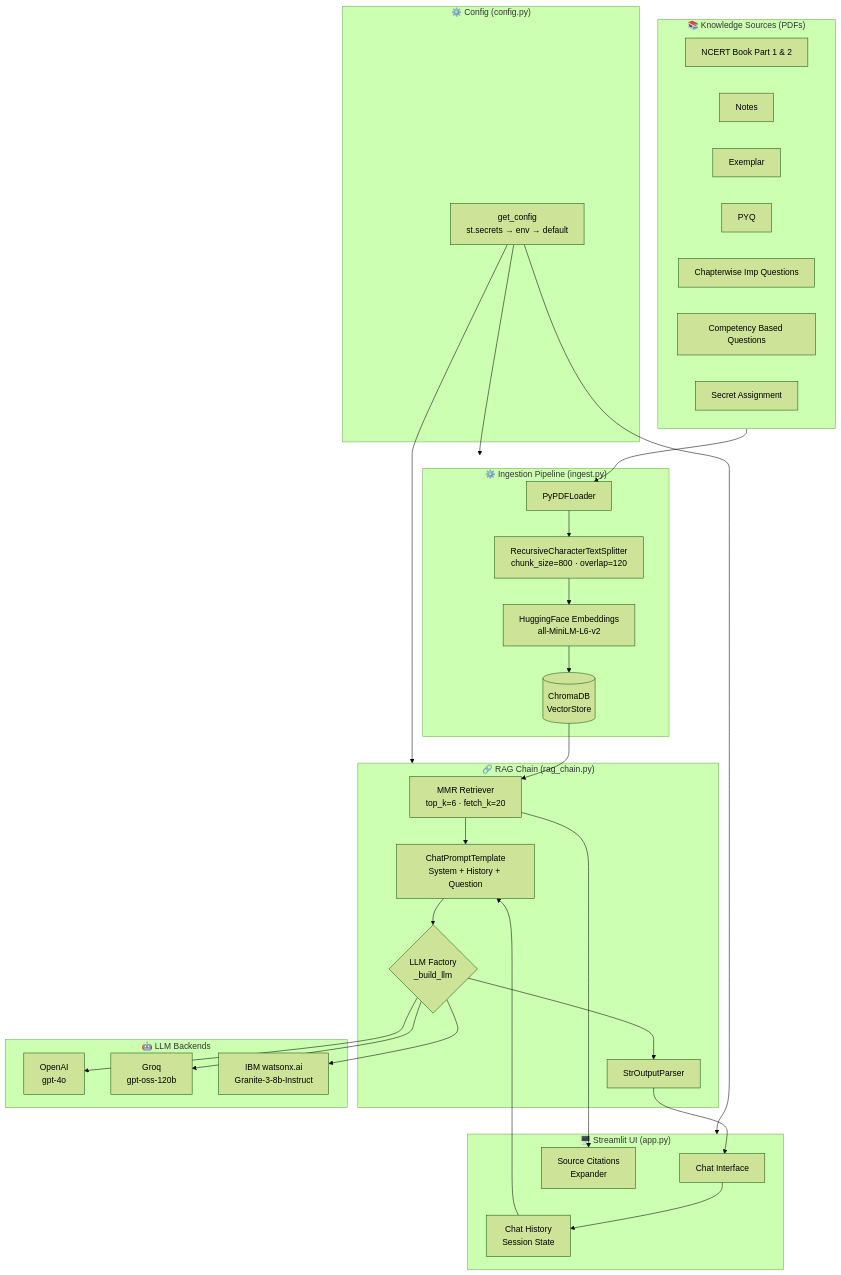
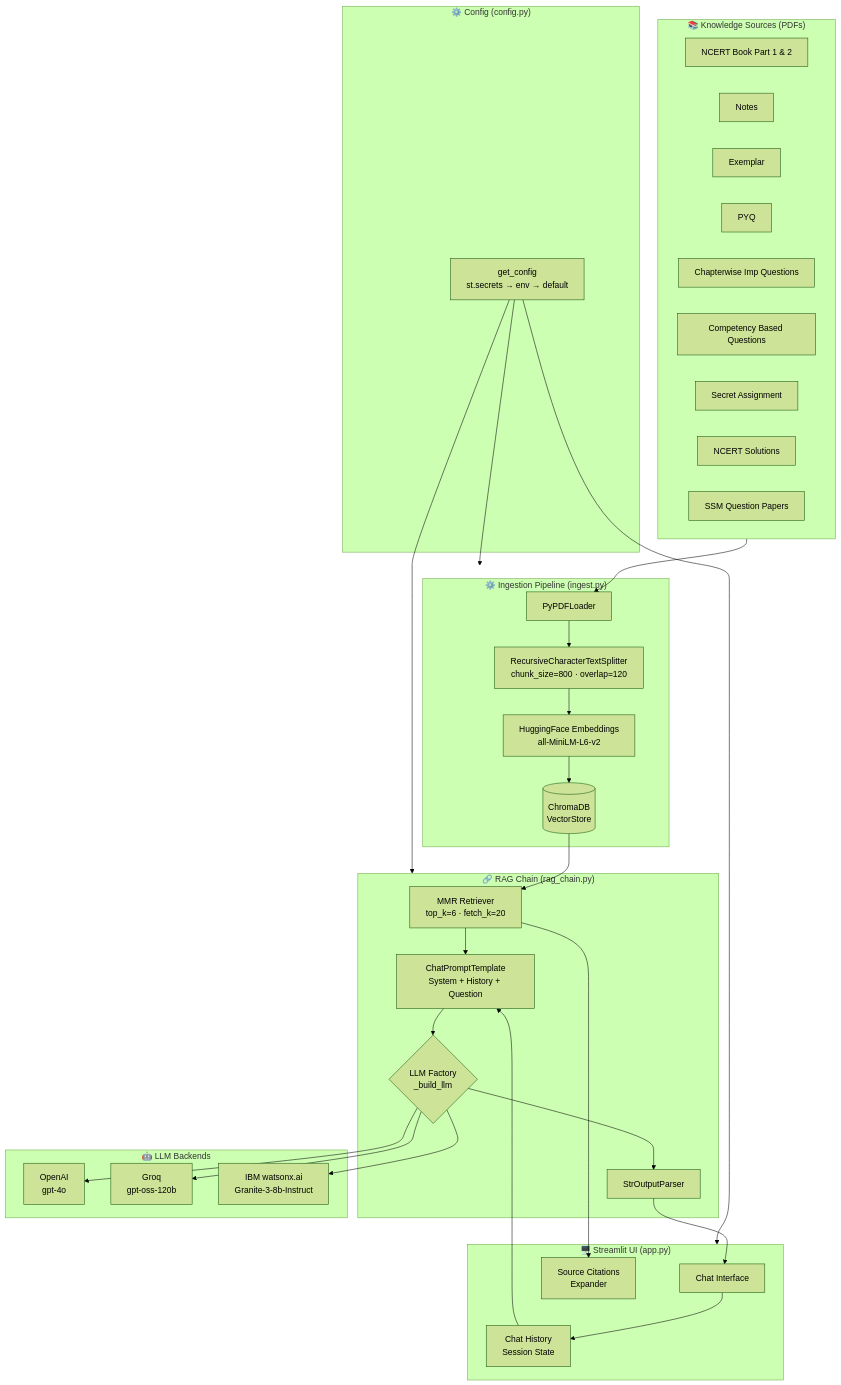
The first of 6 diagrams in ARCHITECTURE.md (rajzzh-learn/Physics-RAG-Project), drawn with Mermaid (forest theme) before and after one commit. The commit also changed other lines of this file and 30 other files, not shown here.

Commit message:
feat: add NCERT Solutions and SSM Question Papers to RAG pipeline and UI

````diff
--- a/ARCHITECTURE.md
+++ b/ARCHITECTURE.md
@@ -71,65 +73,67 @@
 ```mermaid
 graph TB
     subgraph Sources["📚 Knowledge Sources (PDFs)"]
         B1[NCERT Book Part 1 & 2]
         B2[Notes]
         B3[Exemplar]
         B4[PYQ]
         B5[Chapterwise Imp Questions]
         B6[Competency Based Questions]
         B7[Secret Assignment]
+        B8[NCERT Solutions]
+        B9[SSM Question Papers]
     end
 
     subgraph Ingestion["⚙️ Ingestion Pipeline  (ingest.py)"]
         L[PyPDFLoader]
         S[RecursiveCharacterTextSplitter\nchunk_size=800 · overlap=120]
         E[HuggingFace Embeddings\nall-MiniLM-L6-v2]
         V[(ChromaDB\nVectorStore)]
     end
 
     subgraph RAGChain["🔗 RAG Chain  (rag_chain.py)"]
         R[MMR Retriever\ntop_k=6 · fetch_k=20]
         P[ChatPromptTemplate\nSystem + History + Question]
         LLM{LLM Factory\n_build_llm}
         O[StrOutputParser]
     end
 
     subgraph LLMBackends["🤖 LLM Backends"]
         OAI[OpenAI\ngpt-4o]
         GRQ[Groq\ngpt-oss-120b]
         WX[IBM watsonx.ai\nGranite-3-8b-Instruct]
     end
 
     subgraph UI["🖥️ Streamlit UI  (app.py)"]
         Chat[Chat Interface]
         Hist[Chat History\nSession State]
         Src[Source Citations\nExpander]
     end
 
     subgraph Config["⚙️ Config  (config.py)"]
         CFG[get_config\nst.secrets → env → default]
     end
 
     Sources --> L
     L --> S
     S --> E
     E --> V
 
     V --> R
     R --> P
     Hist --> P
     P --> LLM
     LLM --> O
 
     LLM --> OAI
     LLM --> GRQ
     LLM --> WX
 
     O --> Chat
     R --> Src
     Chat --> Hist
 
     CFG --> Ingestion
     CFG --> RAGChain
     CFG --> UI
 ```
````
